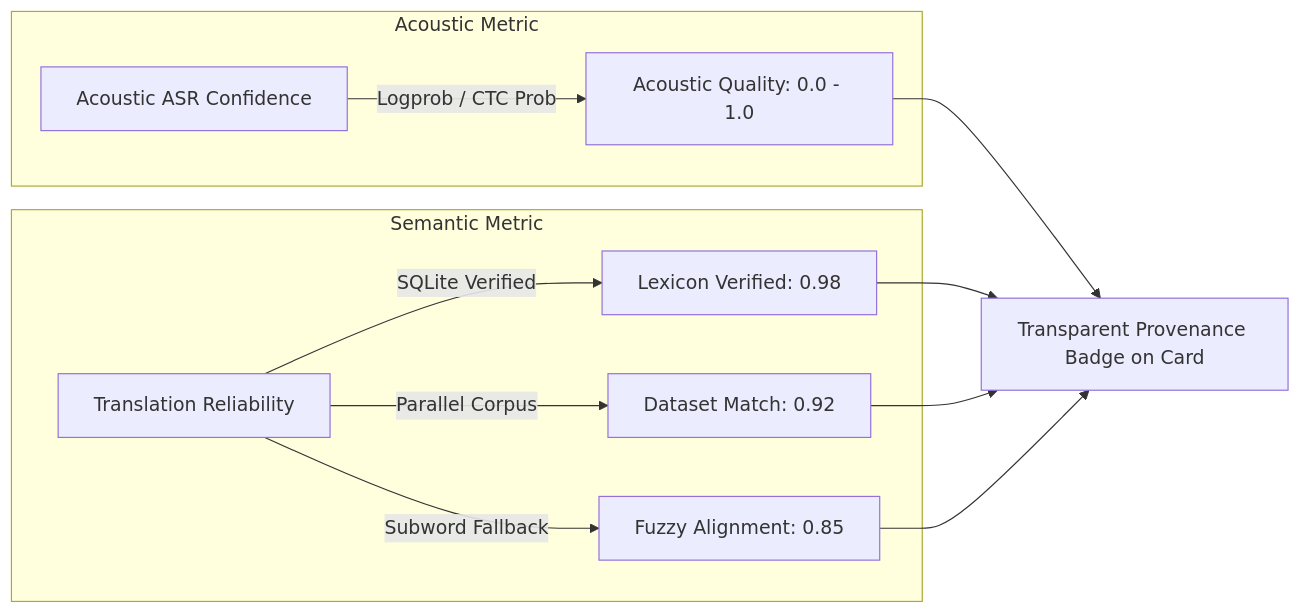
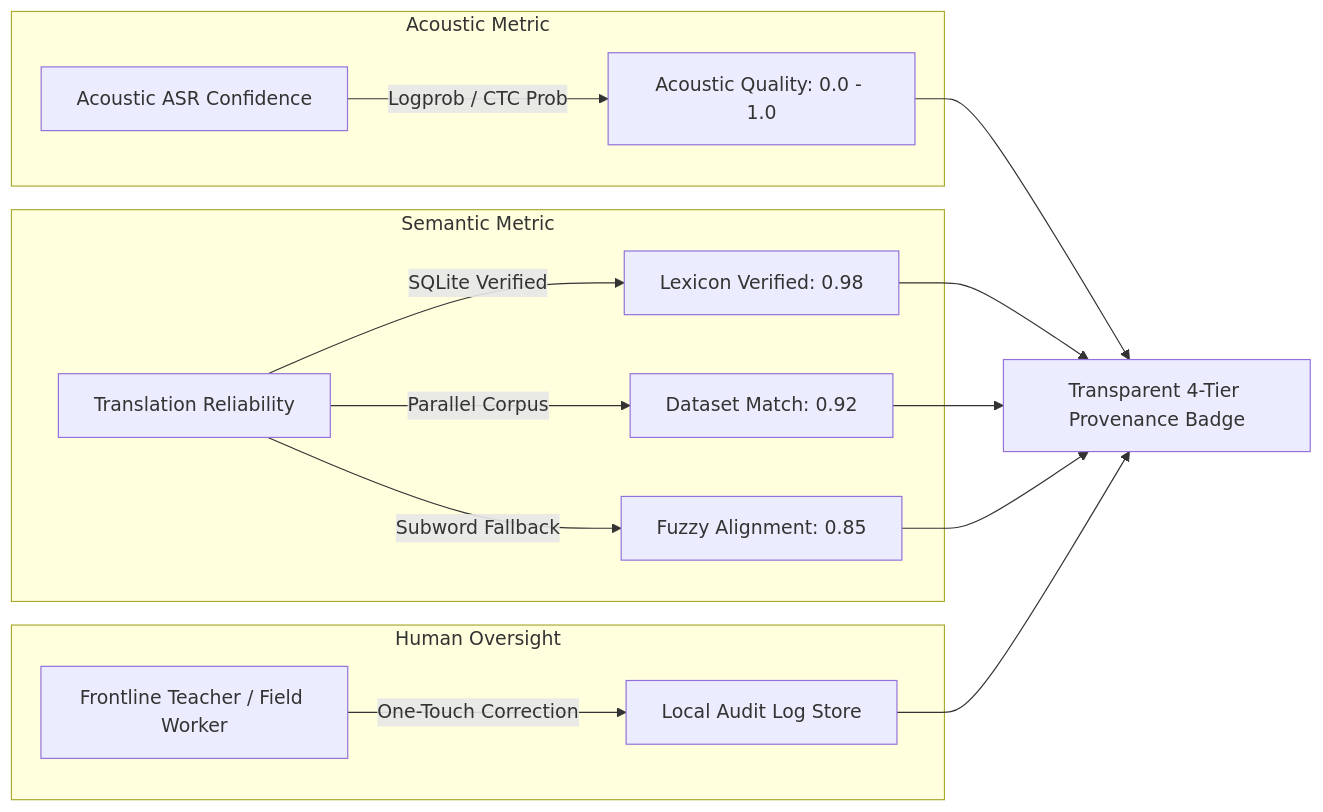
The second of 2 diagrams in research/reports/SPEECH_TO_TEXT_FEATURE_REPORT.md (Alfanshaikh786/SIH_Bhasha_Setu), drawn with Mermaid before and after one commit. The commit also changed other lines of this file and 11 other files, not shown here.

````diff
--- a/research/reports/SPEECH_TO_TEXT_FEATURE_REPORT.md
+++ b/research/reports/SPEECH_TO_TEXT_FEATURE_REPORT.md
@@ -202,19 +217,25 @@
 ```mermaid
 graph LR
     subgraph Acoustic Metric
         M1[Acoustic ASR Confidence]
         M1 -->|Logprob / CTC Prob| B1[Acoustic Quality: 0.0 - 1.0]
     end
 
     subgraph Semantic Metric
         M2[Translation Reliability]
         M2 -->|SQLite Verified| B2[Lexicon Verified: 0.98]
         M2 -->|Parallel Corpus| B3[Dataset Match: 0.92]
         M2 -->|Subword Fallback| B4[Fuzzy Alignment: 0.85]
     end
 
-    B1 --> OUT[Transparent Provenance Badge on Card]
+    subgraph Human Oversight
+        M3[Frontline Teacher / Field Worker]
+        M3 -->|One-Touch Correction| B5[Local Audit Log Store]
+    end
+
+    B1 --> OUT[Transparent 4-Tier Provenance Badge]
     B2 --> OUT
     B3 --> OUT
     B4 --> OUT
+    B5 --> OUT
 ```
````
